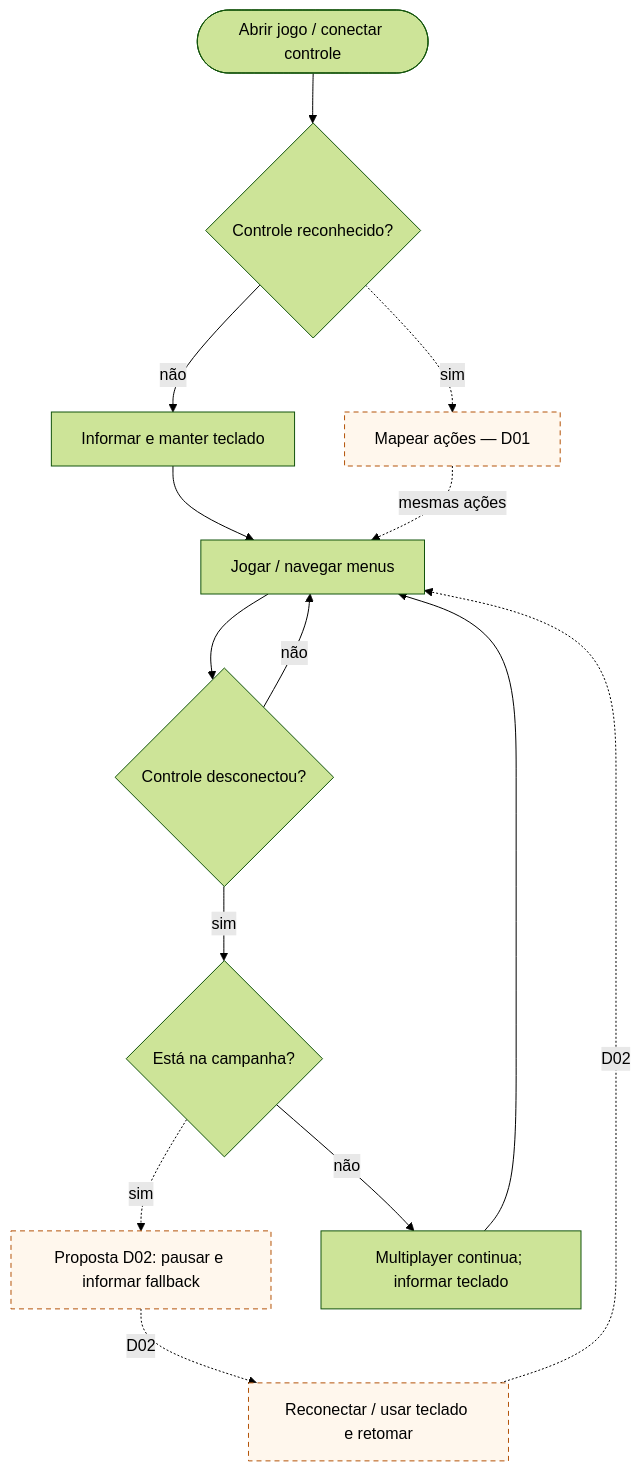
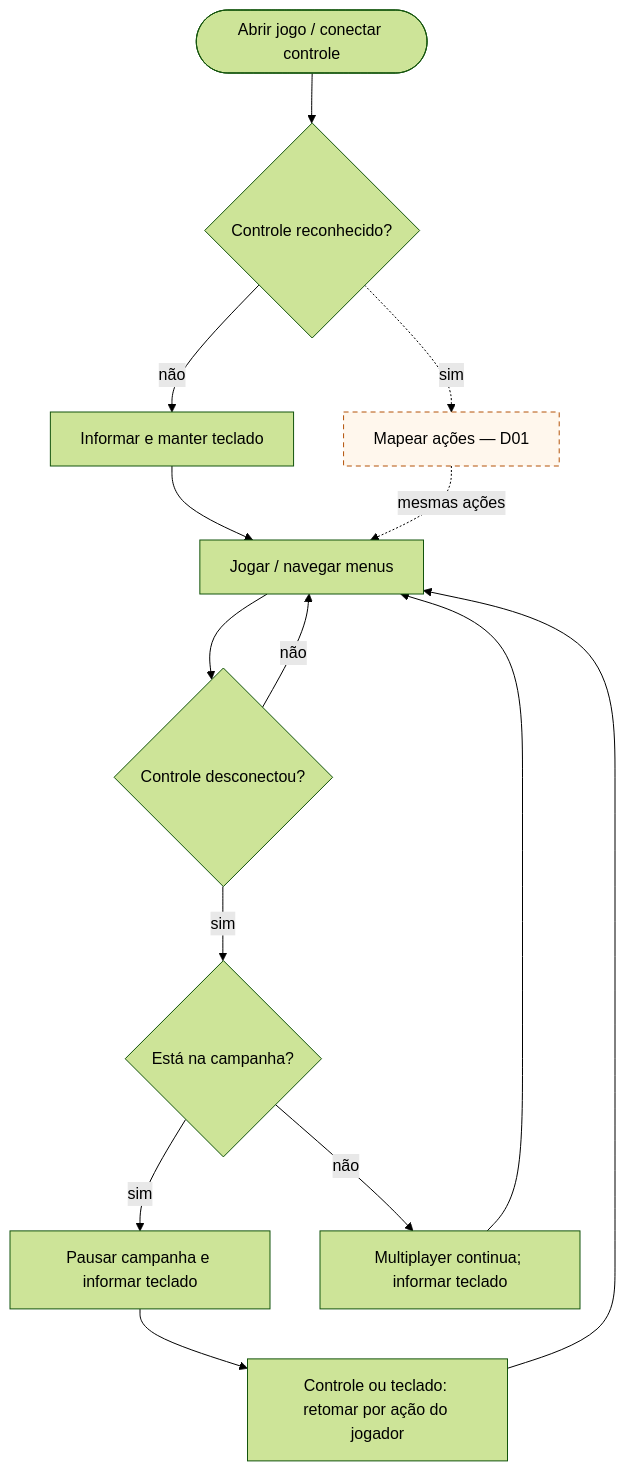
Before and after one commit to ViViJp/jogo-projeto-topicos-especiais: the seventh of 10 diagrams in isn/docs/sprint1/06-fluxogramas.md, drawn with Mermaid (forest theme). The commit also changed other lines of this file and 34 other files, not shown here.

````diff
--- a/isn/docs/sprint1/06-fluxogramas.md
+++ b/isn/docs/sprint1/06-fluxogramas.md
@@ -309,28 +262,28 @@
 ```mermaid
 flowchart TD
   start(["Abrir jogo / conectar controle"])
   detect{"Controle reconhecido?"}
   keyboard["Informar e manter teclado"]
   map["Mapear ações — D01"]
   play["Jogar / navegar menus"]
   lost{"Controle desconectou?"}
   mode{"Está na campanha?"}
-  pause["Proposta D02: pausar e informar fallback"]
+  pause["Pausar campanha e informar teclado"]
   continue["Multiplayer continua; informar teclado"]
-  resume["Reconectar / usar teclado e retomar"]
+  resume["Controle ou teclado: retomar por ação do jogador"]
   start --> detect
   detect -->|"não"| keyboard
   detect -.->|"sim"| map
   keyboard --> play
   map -.->|"mesmas ações"| play
   play --> lost
   lost -->|"não"| play
   lost -->|"sim"| mode
-  mode -.->|"sim"| pause
+  mode -->|"sim"| pause
   mode -->|"não"| continue
-  pause -.->|"D02"| resume
-  resume -.->|"D02"| play
+  pause --> resume
+  resume --> play
   continue --> play
   classDef pending fill:#fff7ed,stroke:#b45309,stroke-dasharray:5 4
-  class map,pause,resume pending
+  class map pending
 ```
````
